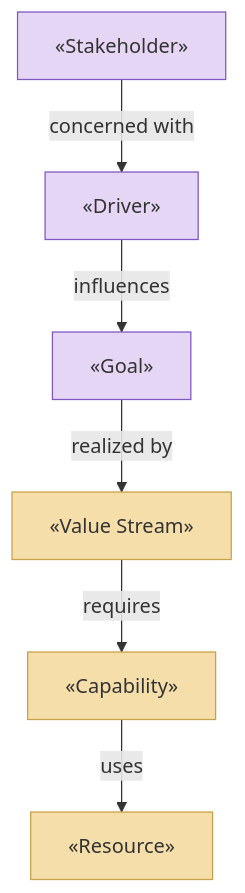
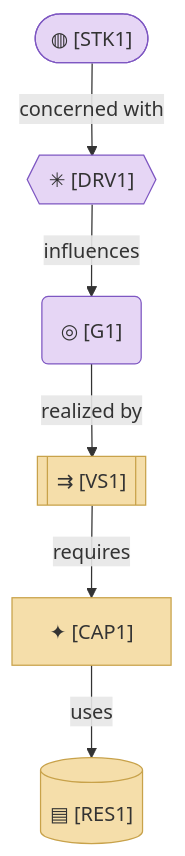
One commit to roanboc/architecture-archreator changed the diagram in .claude/skills/project-bootstrap/templates/architecture/1_strategy/README.md. Above: the diagram before and after it, drawn with Mermaid. The commit also changed other lines of this file and 19 other files, not shown here.

First line of the commit message:
feat: levels, macro categories, and quieter diagrams

````diff
--- a/.claude/skills/project-bootstrap/templates/architecture/1_strategy/README.md
+++ b/.claude/skills/project-bootstrap/templates/architecture/1_strategy/README.md
@@ -47,19 +56,19 @@
 ```mermaid
 flowchart TB
-  stakeholder["«Stakeholder» <Who cares>"]:::motivation
-  driver["«Driver» <What pressures them>"]:::motivation
-  goal["«Goal» <What must become true>"]:::motivation
+  stakeholder(["◍ <Who cares> [STK1]"]):::motivation
+  driver{{"✳ <What pressures them> [DRV1]"}}:::motivation
+  goal("◎ <What must become true> [G1]"):::motivation
 
-  vs["«Value Stream» <Stage 1 → Stage 2 → …>"]:::strategy
-  cap["«Capability» <What we must be able to do>"]:::strategy
-  res["«Resource» <What it's built with>"]:::strategy
+  vs[["⇉ <Stage 1 → Stage 2 → …> [VS1]"]]:::strategy
+  cap["✦ <What we must be able to do> [CAP1]"]:::strategy
+  res[("▤ <What it's built with> [RES1]")]:::strategy
 
   stakeholder -->|concerned with| driver
   driver -->|influences| goal
   goal -->|realized by| vs
   vs -->|requires| cap
   cap -->|uses| res
 
   classDef motivation fill:#e6d6f5,stroke:#7e57c2,color:#333
   classDef strategy fill:#f5deaa,stroke:#c8a24a,color:#333
 ```
````
